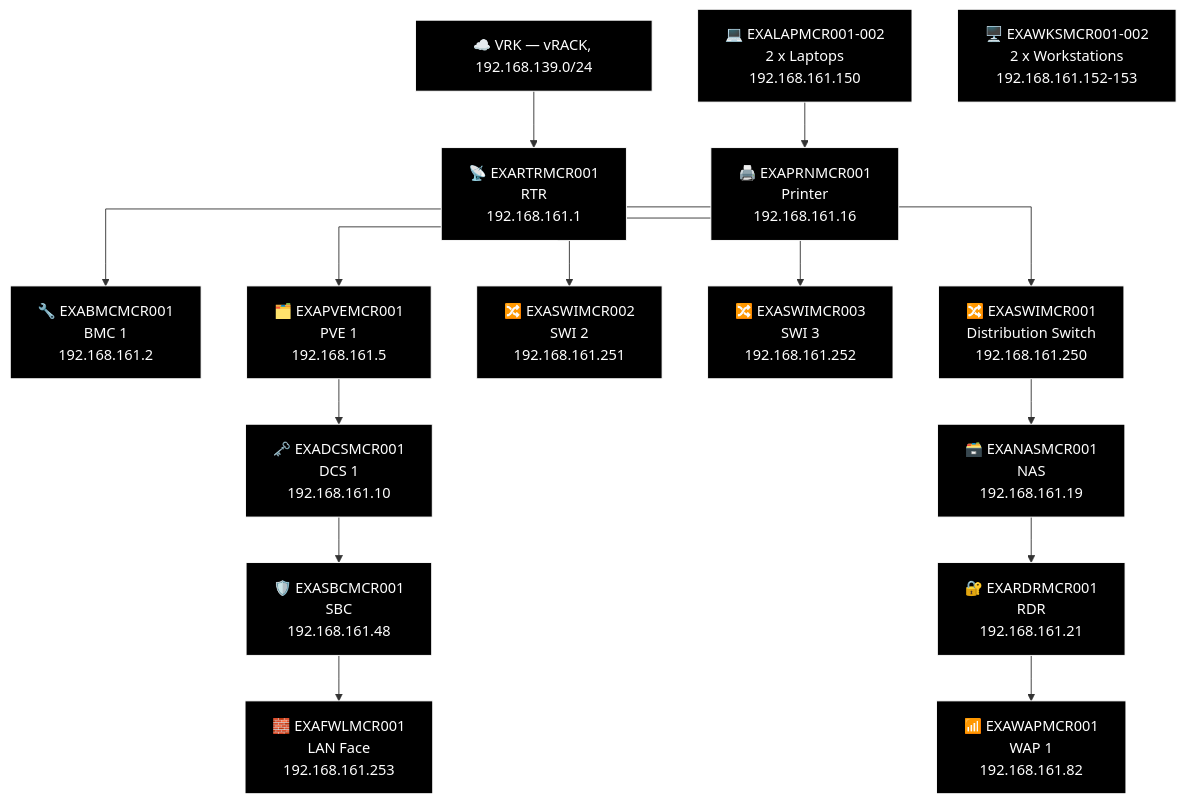
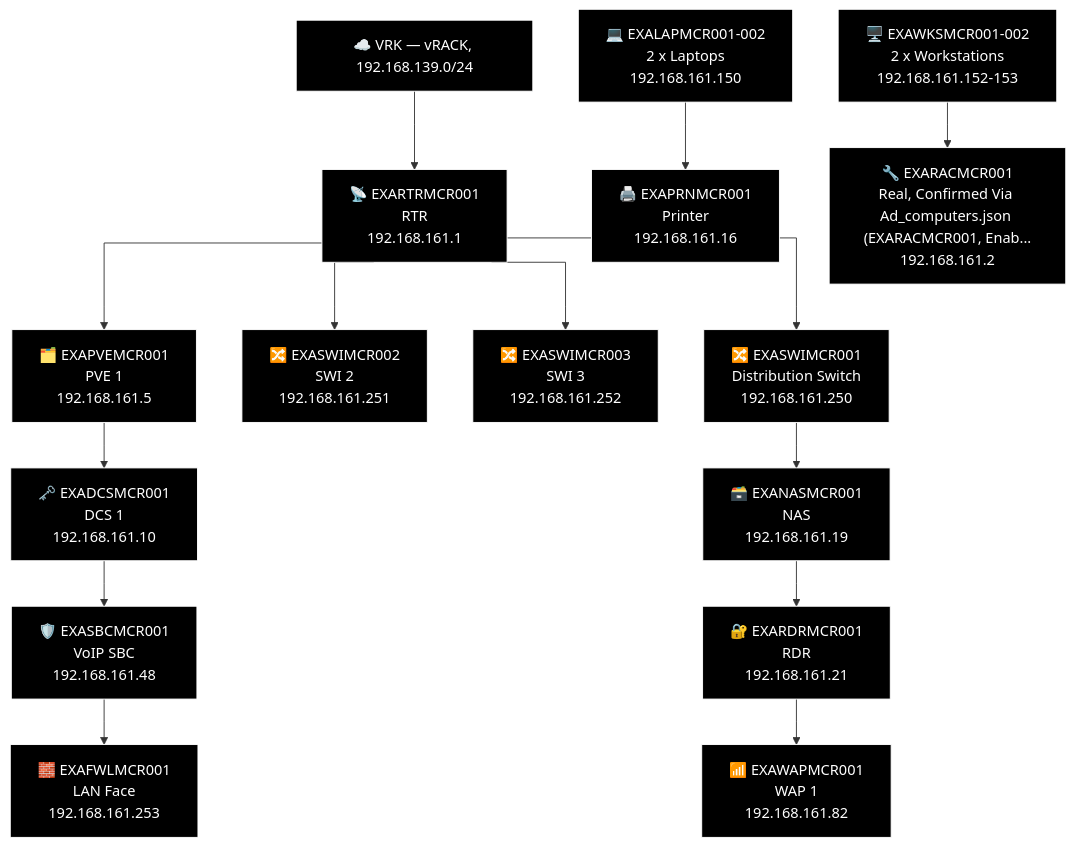
One commit to knightmare2600/example_music_infra changed the ninth of 27 diagrams in docs/network-diagram/england.md. Above: the diagram before and after it, drawn with Mermaid. The commit also changed other lines of this file and 36 other files, not shown here.

First line of the commit message:
devices.csv: add real WAP/SBC/RAC/NAS/ILO/FWL rows for the missing-row backlog

````diff
--- a/docs/network-diagram/england.md
+++ b/docs/network-diagram/england.md
@@ -451,47 +447,47 @@
 ```mermaid
 %% GENERATED:TOPOLOGY:MCR:START
 %%{init: {'flowchart': {'curve': 'stepAfter'}}}%%
 graph TD
     T_VRK["☁️ VRK — vRACK, 192.168.139.0/24"]
     T_RTR["📡 EXARTRMCR001<br/>RTR<br/>192.168.161.1"]
     T_VRK --> T_RTR
-    T_BMC["🔧 EXABMCMCR001<br/>BMC 1<br/>192.168.161.2"]
-    T_RTR --> T_BMC
     T_PVE["🗂️ EXAPVEMCR001<br/>PVE 1<br/>192.168.161.5"]
     T_RTR --> T_PVE
     T_SWI["🔀 EXASWIMCR002<br/>SWI 2<br/>192.168.161.251"]
     T_RTR --> T_SWI
     T_SWI2["🔀 EXASWIMCR003<br/>SWI 3<br/>192.168.161.252"]
     T_RTR --> T_SWI2
     T_SWI3["🔀 EXASWIMCR001<br/>Distribution Switch<br/>192.168.161.250"]
     T_RTR --> T_SWI3
     T_NAS["🗃️ EXANASMCR001<br/>NAS<br/>192.168.161.19"]
     T_RDR["🔐 EXARDRMCR001<br/>RDR<br/>192.168.161.21"]
     T_WAP["📶 EXAWAPMCR001<br/>WAP 1<br/>192.168.161.82"]
     T_SWI3 --> T_NAS --> T_RDR --> T_WAP
     T_DCS["🗝️ EXADCSMCR001<br/>DCS 1<br/>192.168.161.10"]
-    T_SBC["🛡️ EXASBCMCR001<br/>SBC<br/>192.168.161.48"]
+    T_SBC["🛡️ EXASBCMCR001<br/>VoIP SBC<br/>192.168.161.48"]
     T_FWL["🧱 EXAFWLMCR001<br/>LAN Face<br/>192.168.161.253"]
     T_PVE --> T_DCS --> T_SBC --> T_FWL
     T_OTH_LAP["💻 EXALAPMCR001-002<br/>2 x Laptops<br/>192.168.161.150"]
     T_OTH_WKS["🖥️ EXAWKSMCR001-002<br/>2 x Workstations<br/>192.168.161.152-153"]
     T_PRN["🖨️ EXAPRNMCR001<br/>Printer<br/>192.168.161.16"]
+    T_RAC["🔧 EXARACMCR001<br/>Real, Confirmed Via Ad_computers.json (EXARACMCR001, Enab...<br/>192.168.161.2"]
     T_OTH_LAP --> T_PRN
+    T_OTH_WKS --> T_RAC
     style T_VRK fill:#000000,stroke:#FFFFFF,color:#FFFFFF
     style T_RTR fill:#000000,stroke:#FFFFFF,color:#FFFFFF
-    style T_BMC fill:#000000,stroke:#FFFFFF,color:#FFFFFF
     style T_PVE fill:#000000,stroke:#FFFFFF,color:#FFFFFF
     style T_SWI fill:#000000,stroke:#FFFFFF,color:#FFFFFF
     style T_SWI2 fill:#000000,stroke:#FFFFFF,color:#FFFFFF
     style T_SWI3 fill:#000000,stroke:#FFFFFF,color:#FFFFFF
     style T_NAS fill:#000000,stroke:#FFFFFF,color:#FFFFFF
     style T_RDR fill:#000000,stroke:#FFFFFF,color:#FFFFFF
     style T_WAP fill:#000000,stroke:#FFFFFF,color:#FFFFFF
     style T_DCS fill:#000000,stroke:#FFFFFF,color:#FFFFFF
     style T_SBC fill:#000000,stroke:#FFFFFF,color:#FFFFFF
     style T_FWL fill:#000000,stroke:#FFFFFF,color:#FFFFFF
     style T_OTH_LAP fill:#000000,stroke:#FFFFFF,color:#FFFFFF
     style T_OTH_WKS fill:#000000,stroke:#FFFFFF,color:#FFFFFF
     style T_PRN fill:#000000,stroke:#FFFFFF,color:#FFFFFF
+    style T_RAC fill:#000000,stroke:#FFFFFF,color:#FFFFFF
 %% GENERATED:TOPOLOGY:MCR:END
 ```
````
